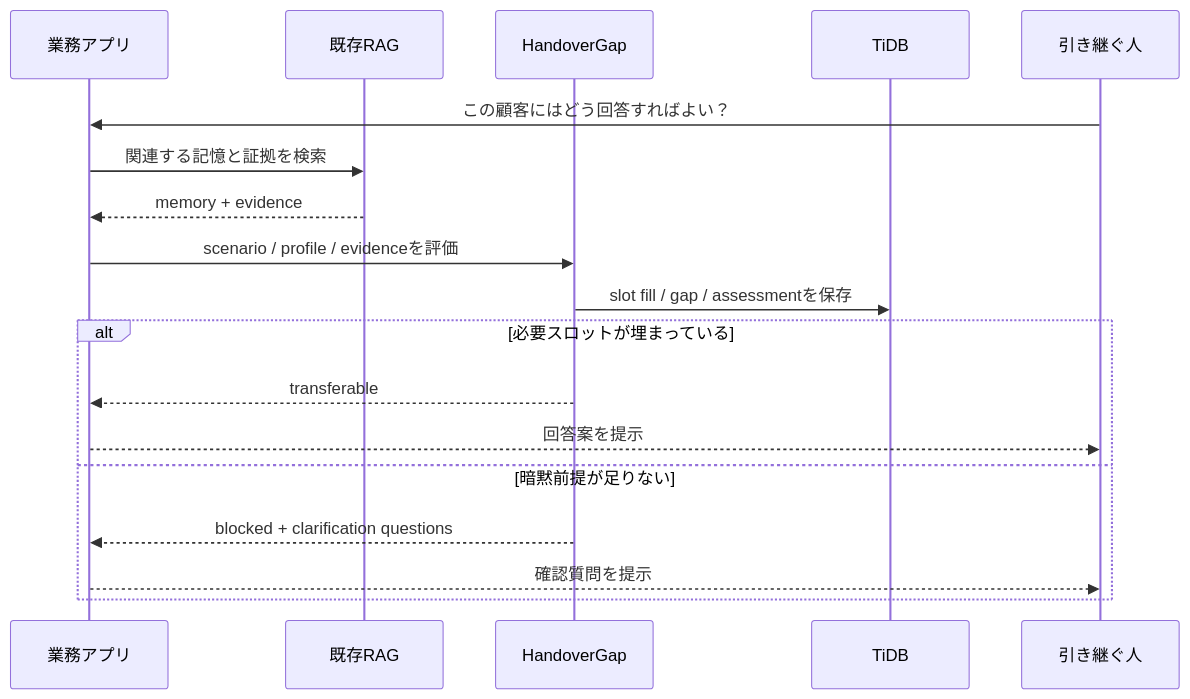
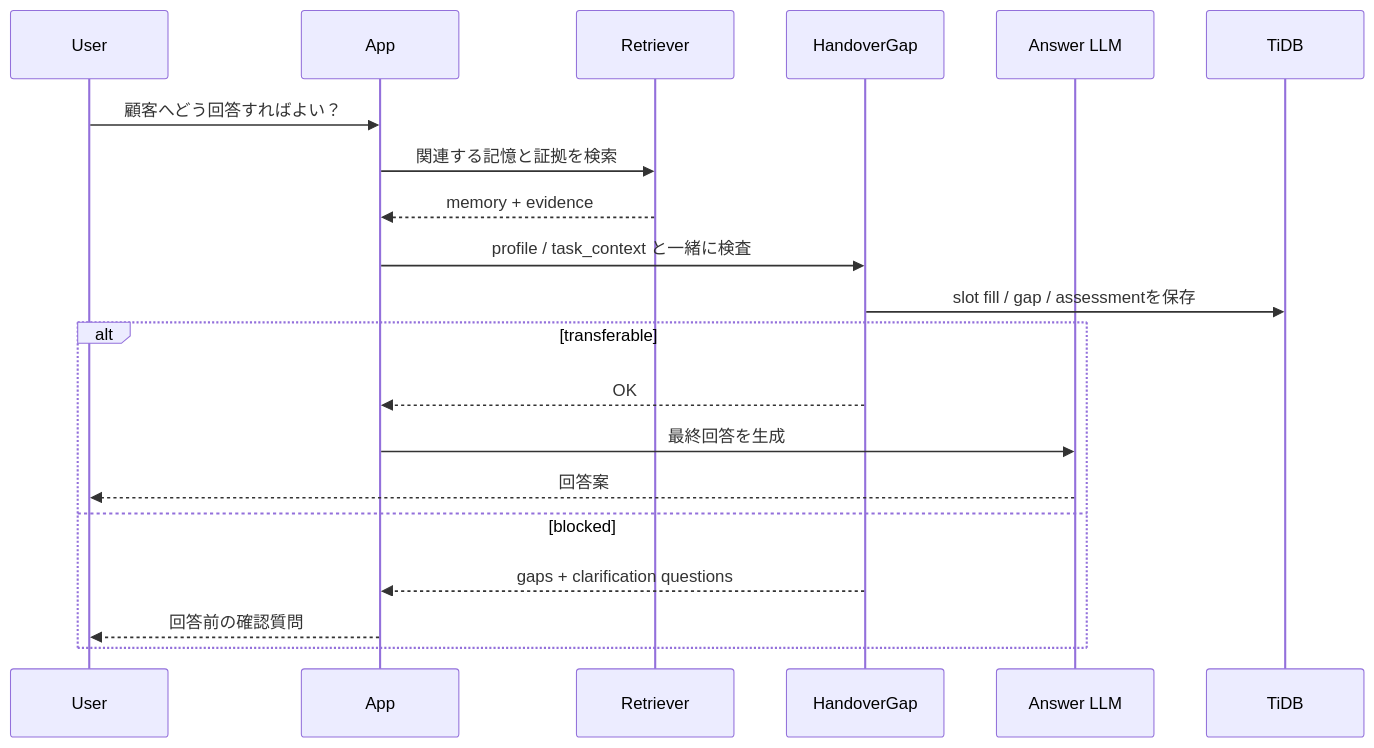
The second of 2 diagrams in articles/handovergap-rag-tidb.md (masanori0209/m-zenn-dev), drawn with Mermaid before and after one commit. The commit also changed other lines of this file and 1 other file, not shown here.

````diff
--- a/articles/handovergap-rag-tidb.md
+++ b/articles/handovergap-rag-tidb.md
@@ -191,21 +159,23 @@
 ```mermaid
 sequenceDiagram
-    participant App as 業務アプリ
-    participant RAG as 既存RAG
+    participant User as User
+    participant App as App
+    participant RAG as Retriever
     participant HG as HandoverGap
+    participant LLM as Answer LLM
     participant DB as TiDB
-    participant User as 引き継ぐ人
 
-    User->>App: この顧客にはどう回答すればよい？
+    User->>App: 顧客へどう回答すればよい？
     App->>RAG: 関連する記憶と証拠を検索
     RAG-->>App: memory + evidence
-    App->>HG: scenario / profile / evidenceを評価
+    App->>HG: profile / task_context と一緒に検査
     HG->>DB: slot fill / gap / assessmentを保存
-    alt 必要スロットが埋まっている
-        HG-->>App: transferable
-        App-->>User: 回答案を提示
-    else 暗黙前提が足りない
-        HG-->>App: blocked + clarification questions
-        App-->>User: 確認質問を提示
+    alt transferable
+        HG-->>App: OK
+        App->>LLM: 最終回答を生成
+        LLM-->>User: 回答案
+    else blocked
+        HG-->>App: gaps + clarification questions
+        App-->>User: 回答前の確認質問
     end
 ```
````
